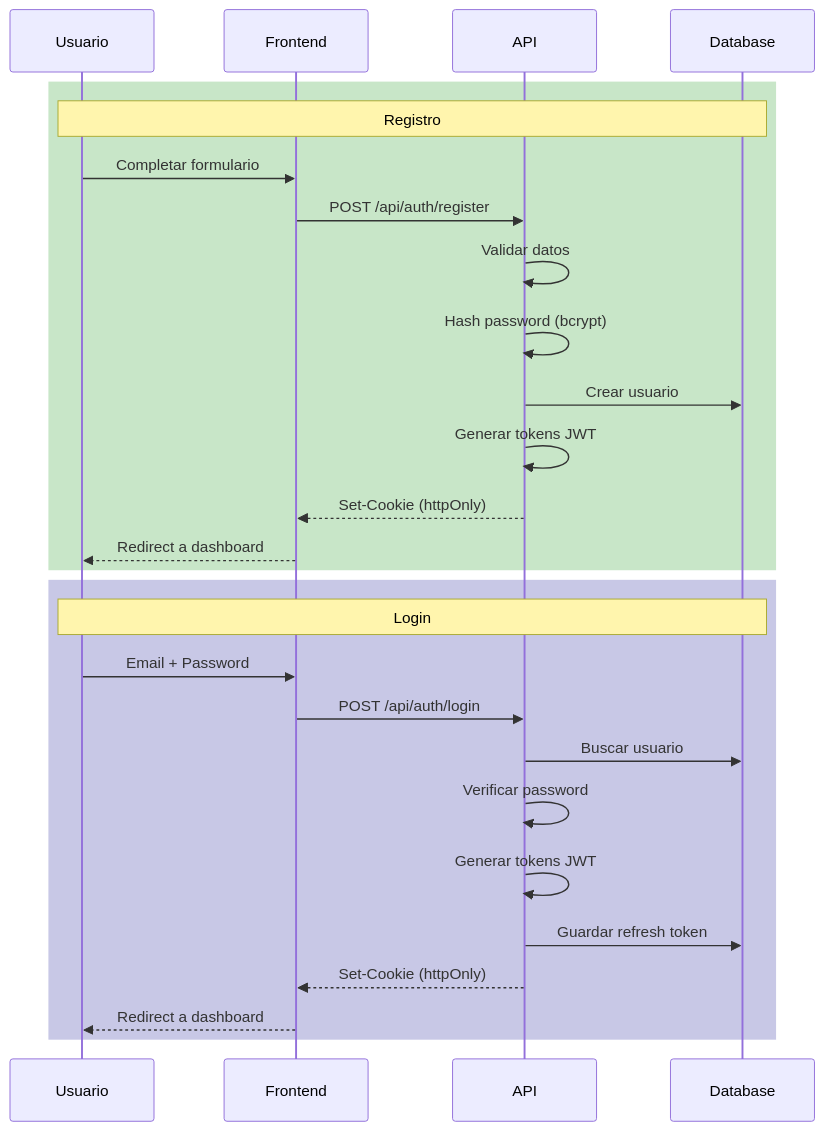
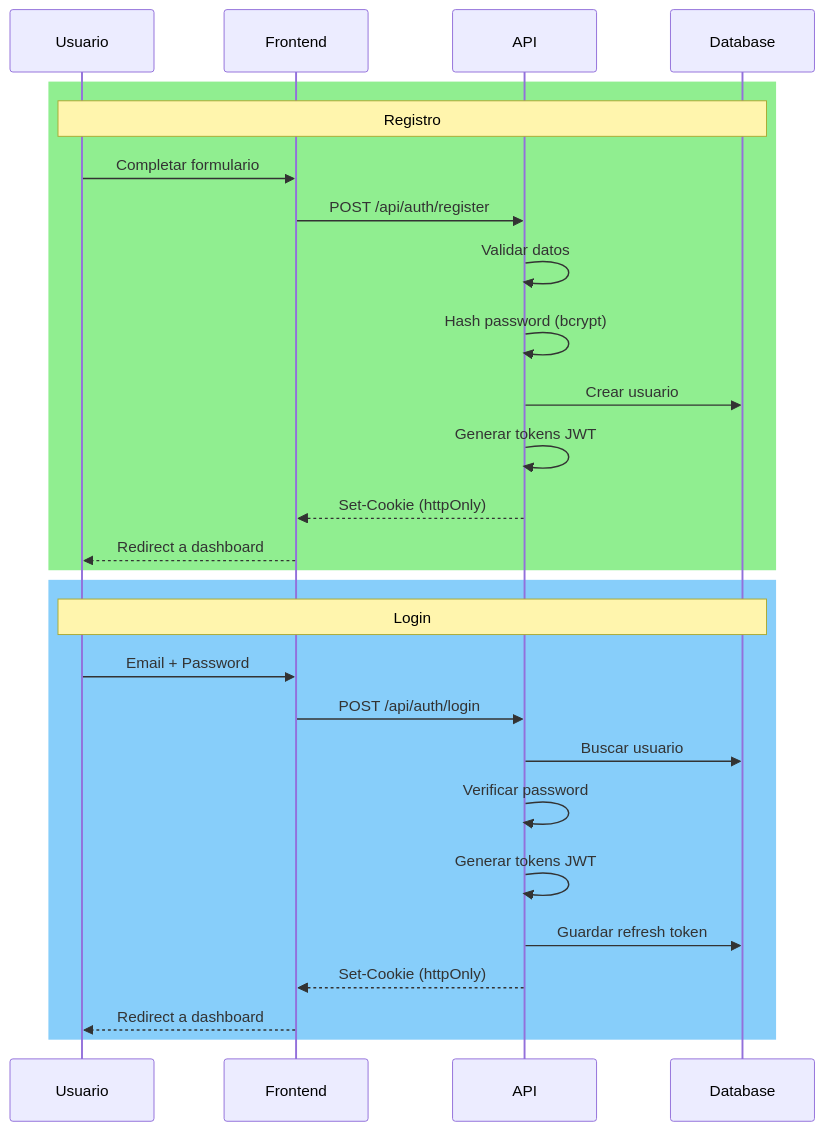
The eighth of 14 diagrams in ARCHITECTURE.md (arceprogramando/vestimenta-catan), drawn with Mermaid before and after one commit. The commit also changed 14 other files, not shown here.

````diff
--- a/ARCHITECTURE.md
+++ b/ARCHITECTURE.md
@@ -411,31 +411,31 @@
 ```mermaid
 sequenceDiagram
     participant U as Usuario
     participant FE as Frontend
     participant API as API
     participant DB as Database
 
-    rect rgb(200, 230, 200)
+    rect rgb(144, 238, 144)
         Note over U,DB: Registro
         U->>FE: Completar formulario
         FE->>API: POST /api/auth/register
         API->>API: Validar datos
         API->>API: Hash password (bcrypt)
         API->>DB: Crear usuario
         API->>API: Generar tokens JWT
         API-->>FE: Set-Cookie (httpOnly)
         FE-->>U: Redirect a dashboard
     end
 
-    rect rgb(200, 200, 230)
+    rect rgb(135, 206, 250)
         Note over U,DB: Login
         U->>FE: Email + Password
         FE->>API: POST /api/auth/login
         API->>DB: Buscar usuario
         API->>API: Verificar password
         API->>API: Generar tokens JWT
         API->>DB: Guardar refresh token
         API-->>FE: Set-Cookie (httpOnly)
         FE-->>U: Redirect a dashboard
     end
 ```
````
